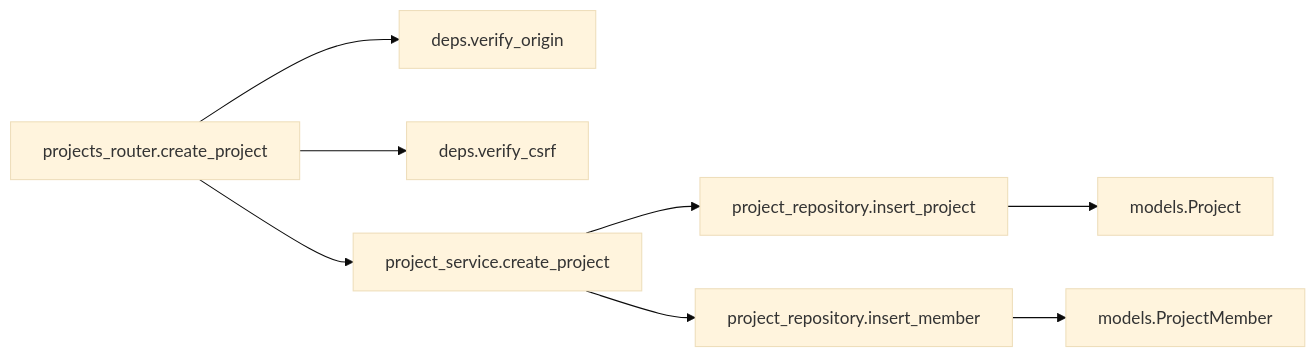
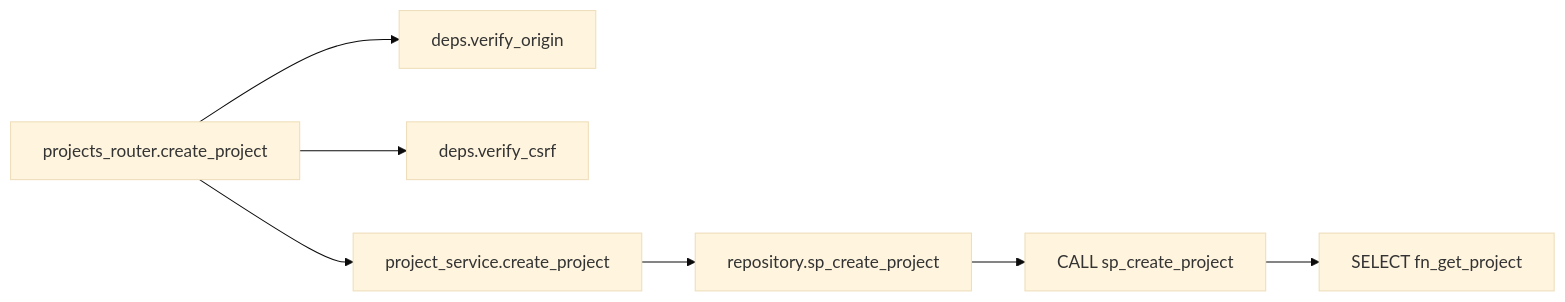
The third of 4 diagrams in detailed_design/api/projects/02_post_projects.md (oikawa-d/task_management), drawn with Mermaid (base theme) before and after one commit. The commit also changed other lines of this file and 58 other files, not shown here.

````diff
--- a/detailed_design/api/projects/02_post_projects.md
+++ b/detailed_design/api/projects/02_post_projects.md
@@ -189,10 +189,9 @@
 ```mermaid
 flowchart LR
     R["projects_router.create_project"] --> D1["deps.verify_origin"]
     R --> D2["deps.verify_csrf"]
     R --> S["project_service.create_project"]
-    S --> RP1["project_repository.insert_project"]
-    S --> RP2["project_repository.insert_member"]
-    RP1 --> M1["models.Project"]
-    RP2 --> M2["models.ProjectMember"]
+    S --> RP["repository.sp_create_project"]
+    RP --> SP["CALL sp_create_project"]
+    SP --> FN["SELECT fn_get_project"]
 ```
````
